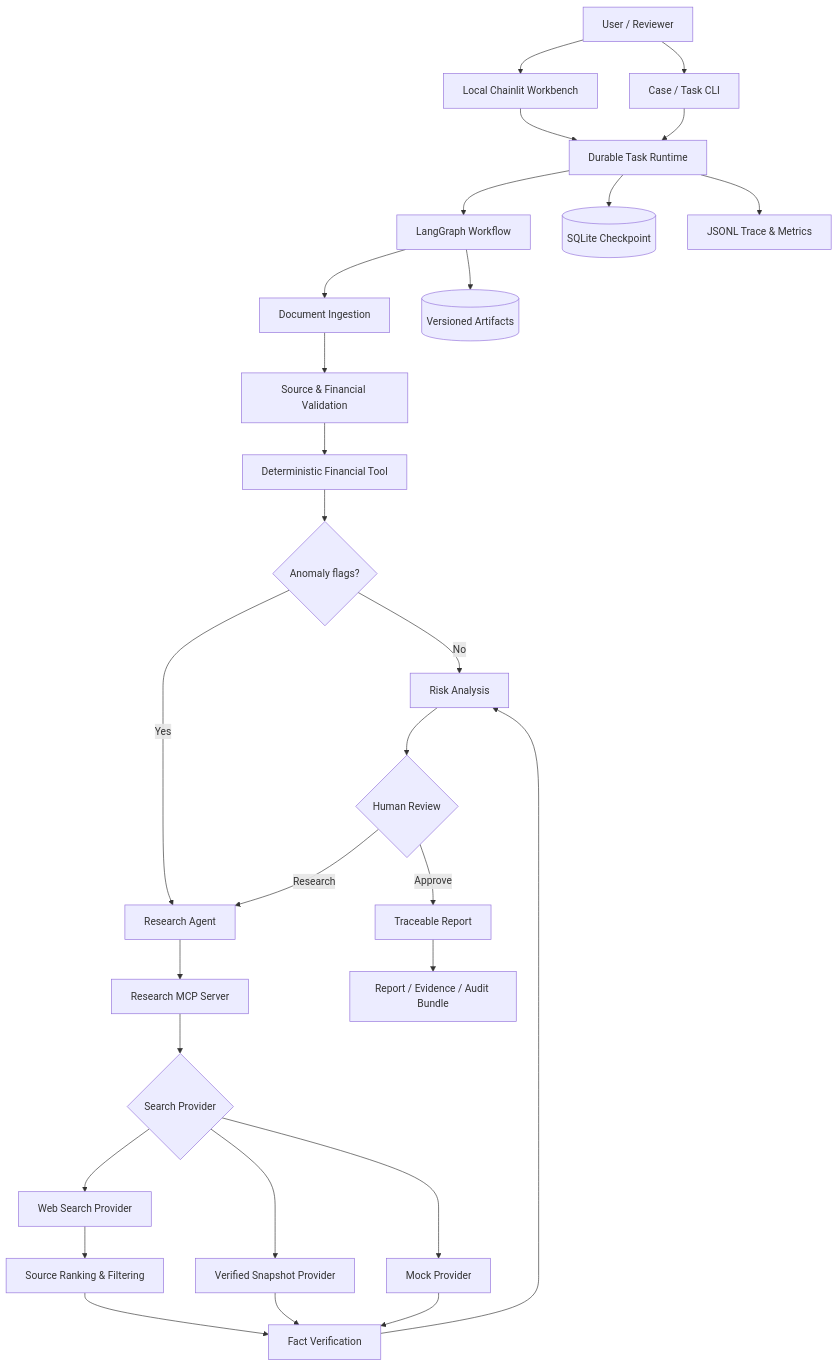
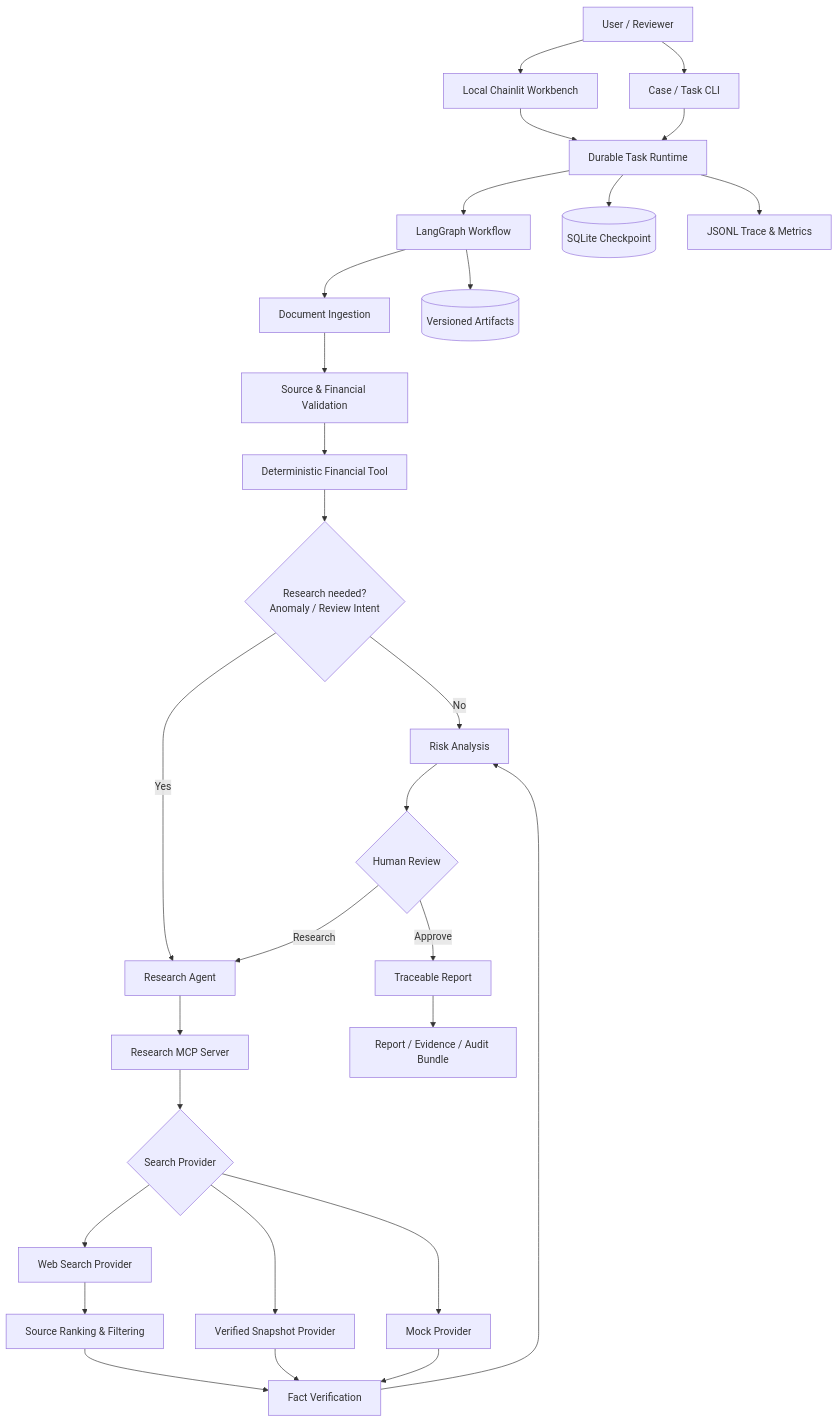
Before and after one commit to okwecool/Credra-Agent: the diagram in docs/Credra Agent 场景化能力优化计划 v1.0.md, drawn with Mermaid. The commit also changed other lines of this file and 1 other file, not shown here.

````diff
--- a/docs/Credra Agent 场景化能力优化计划 v1.0.md
+++ b/docs/Credra Agent 场景化能力优化计划 v1.0.md
@@ -163,35 +193,35 @@
 ```mermaid
 flowchart TD
     User["User / Reviewer"] --> Workbench["Local Chainlit Workbench"]
     User --> CLI["Case / Task CLI"]
     Workbench --> Runtime["Durable Task Runtime"]
     CLI --> Runtime
     Runtime --> Graph["LangGraph Workflow"]
     Runtime --> Checkpoint[("SQLite Checkpoint")]
 
     Graph --> Ingest["Document Ingestion"]
     Ingest --> Validate["Source & Financial Validation"]
     Validate --> Financial["Deterministic Financial Tool"]
-    Financial --> Route{"Anomaly flags?"}
+    Financial --> Route{"Research needed?<br/>Anomaly / Review Intent"}
     Route -->|No| Risk["Risk Analysis"]
     Route -->|Yes| Research["Research Agent"]
 
     Research --> MCP["Research MCP Server"]
     MCP --> Provider{"Search Provider"}
     Provider --> Mock["Mock Provider"]
     Provider --> Snapshot["Verified Snapshot Provider"]
     Provider --> Web["Web Search Provider"]
     Web --> Filter["Source Ranking & Filtering"]
     Filter --> Verify["Fact Verification"]
     Snapshot --> Verify
     Mock --> Verify
     Verify --> Risk
 
     Risk --> Review{"Human Review"}
     Review -->|Approve| Report["Traceable Report"]
     Review -->|Research| Research
 
     Graph --> Artifacts[("Versioned Artifacts")]
     Runtime --> Trace["JSONL Trace & Metrics"]
     Report --> Bundle["Report / Evidence / Audit Bundle"]
 ```
````
